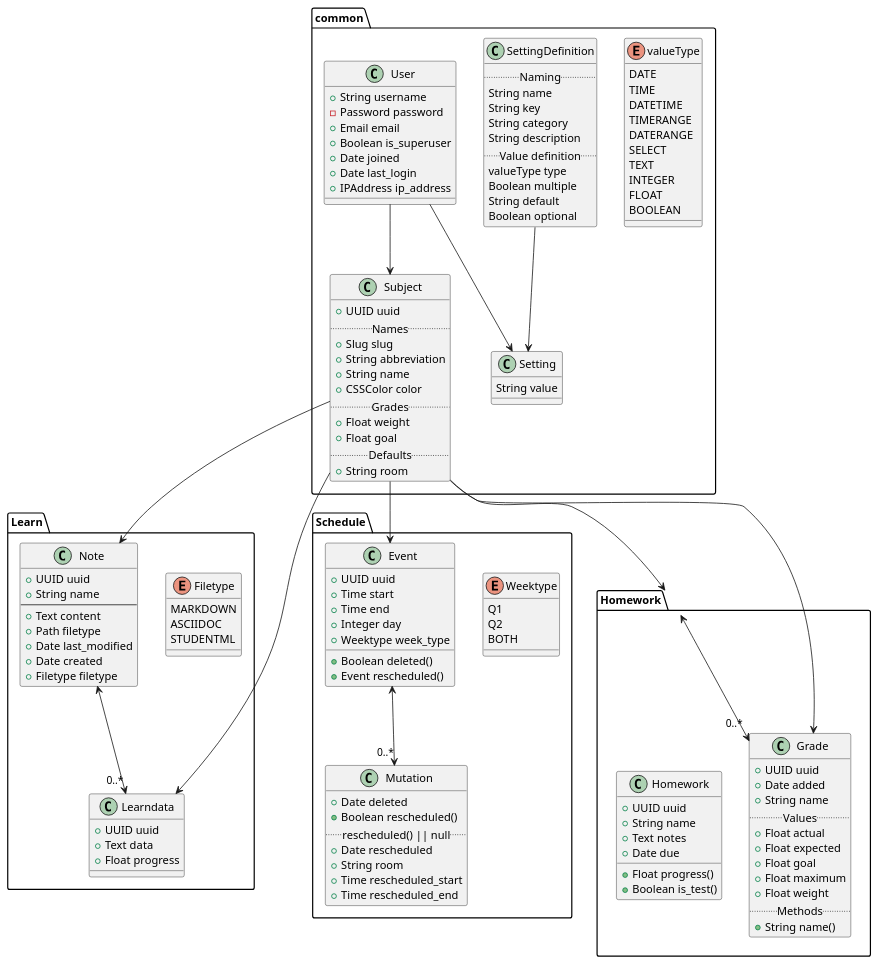
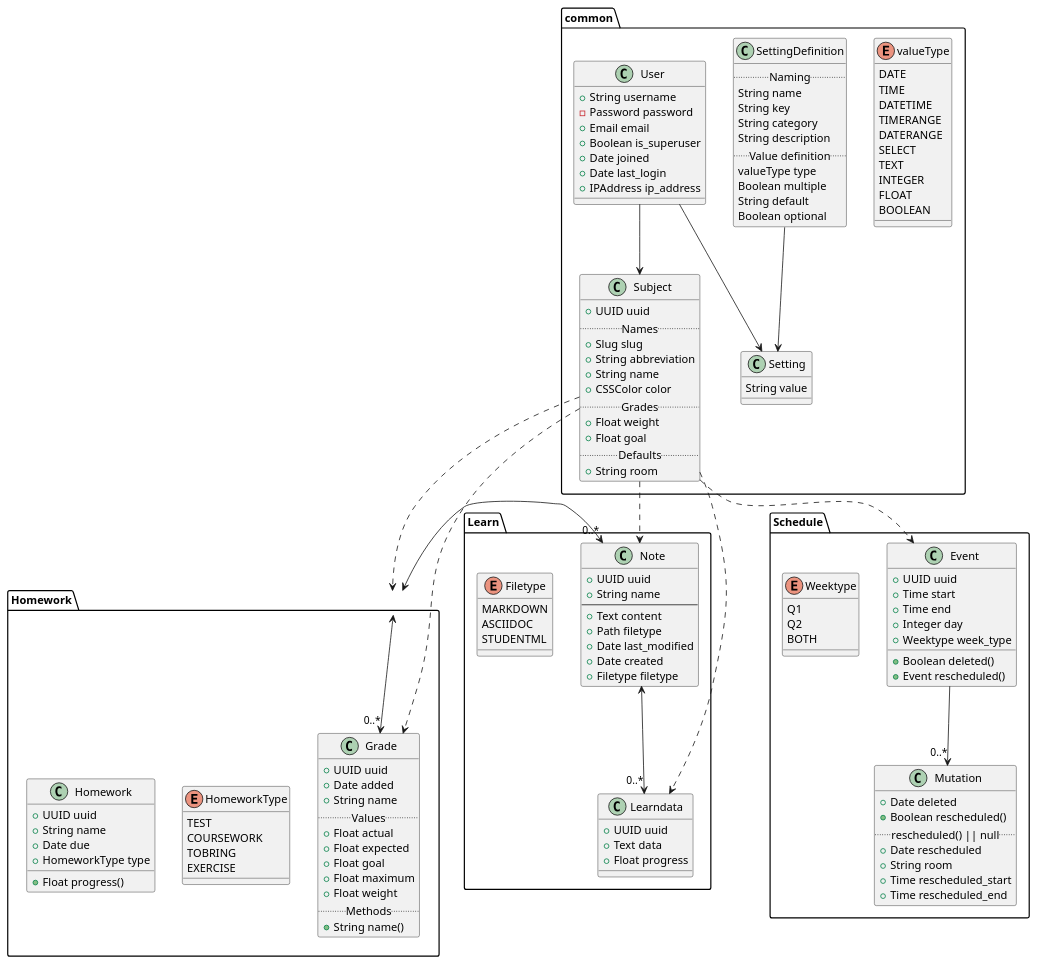
Before and after one commit to schoolsyst/api: the diagram in DATABASE_V2.puml, drawn with PlantUML. The commit also changed 14 other files, not shown here.

```diff
--- a/DATABASE_V2.puml
+++ b/DATABASE_V2.puml
@@ -1,148 +1,158 @@
 @startuml
 package common {
     class Subject {
         + UUID uuid
         ..Names..
         + Slug slug
         + String abbreviation
         + String name
         + CSSColor color
         ..Grades..
         + Float weight
         + Float goal
         ..Defaults..
         + String room
     }
 
     enum valueType {
         DATE
         TIME
         DATETIME
         TIMERANGE
         DATERANGE
         SELECT
         TEXT
         INTEGER
         FLOAT
         BOOLEAN
     }
 
     class SettingDefinition {
         ..Naming..
         String name
         String key
         String category
         String description
         ..Value definition..
         valueType type
         Boolean multiple
         String default
         Boolean optional
     }
 
     class Setting {
         String value
     }
 
     class User {
         + String username
         - Password password
         + Email email
         + Boolean is_superuser
         + Date joined
         + Date last_login
         + IPAddress ip_address
     }
 }
 package Learn {
     enum Filetype {
         MARKDOWN
         ASCIIDOC
         STUDENTML
     }
 
     class Note {
         + UUID uuid
         + String name
         ---
         + Text content
         + Path filetype
         + Date last_modified
         + Date created
         + Filetype filetype
     }
 
     class Learndata {
         + UUID uuid
         + Text data
         + Float progress
     }
 }
 
 package Schedule {
     
     enum Weektype {
         Q1
         Q2
         BOTH
     }
     class Event {
         + UUID uuid
         + Time start
         + Time end
         + Integer day
         + Weektype week_type
         + Boolean deleted()
         + Event rescheduled()
     }
     
     class Mutation {
         + Date deleted
         + Boolean rescheduled()
         ..rescheduled() || null..
         + Date rescheduled
         + String room
         + Time rescheduled_start
         + Time rescheduled_end
     }
 }
 
 package Homework {
     class Grade {
         + UUID uuid
         + Date added
         + String name
         ..Values..
         + Float actual
         + Float expected
         + Float goal
         + Float maximum
         + Float weight
         ..Methods..
         + String name()
     }
 
+    enum HomeworkType {
+        TEST
+        COURSEWORK
+        TOBRING
+        EXERCISE
+    }
+
     class Homework {
         + UUID uuid
         + String name
-        + Text notes
         + Date due
         + Float progress()
-        + Boolean is_test()
+        + HomeworkType type
     }
 }
 
 User --> Subject
 User --> Setting
 SettingDefinition --> Setting
 
-Subject --> Note
-Subject --> Homework
-Subject --> Event
-Subject --> Learndata
-Subject --> Grade
+Subject ..> Note
+Subject ..> Homework
+Subject ..> Event
+Subject ..> Learndata
+Subject ..> Grade
 
 Note <--> "0..*" Learndata
 Homework <--> "0..*" Grade
-Event <--> "0..*" Mutation
+Homework <--> "0..*" Note
+Event --> "0..*" Mutation
+
+Event -[hidden]> Note
+Note -[hidden]> Homework
 @enduml
```
